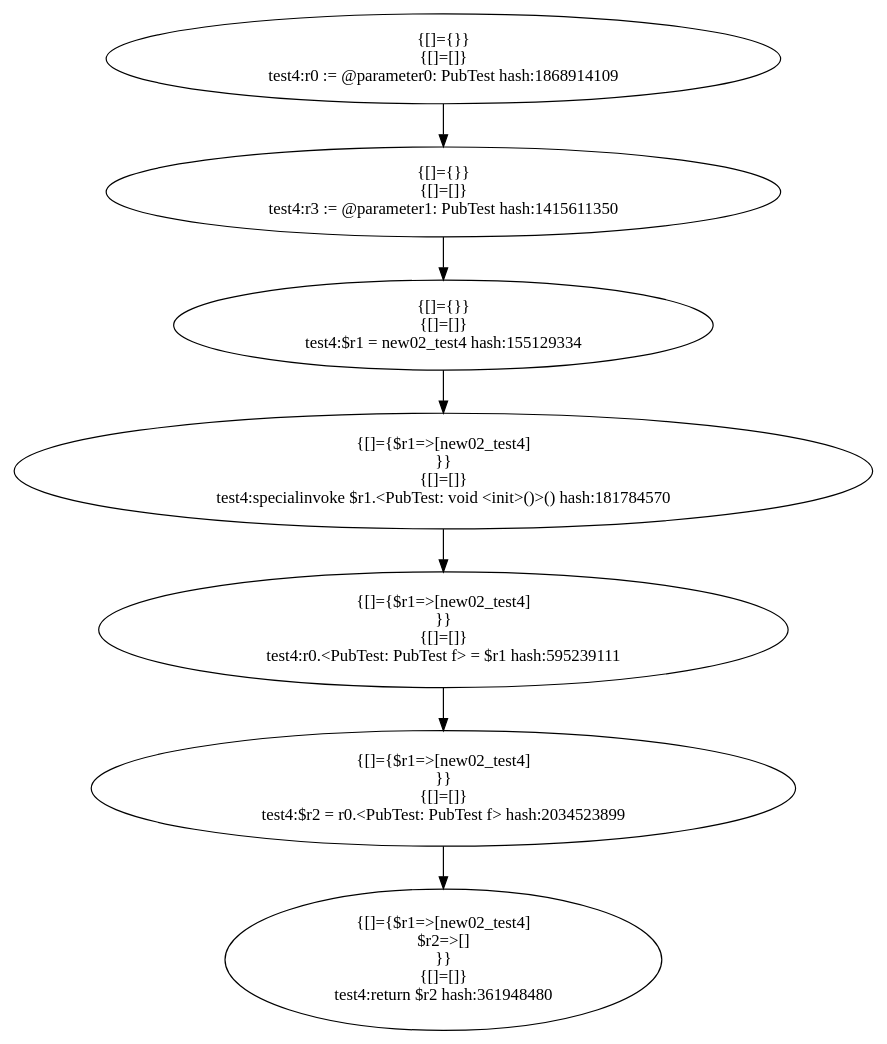
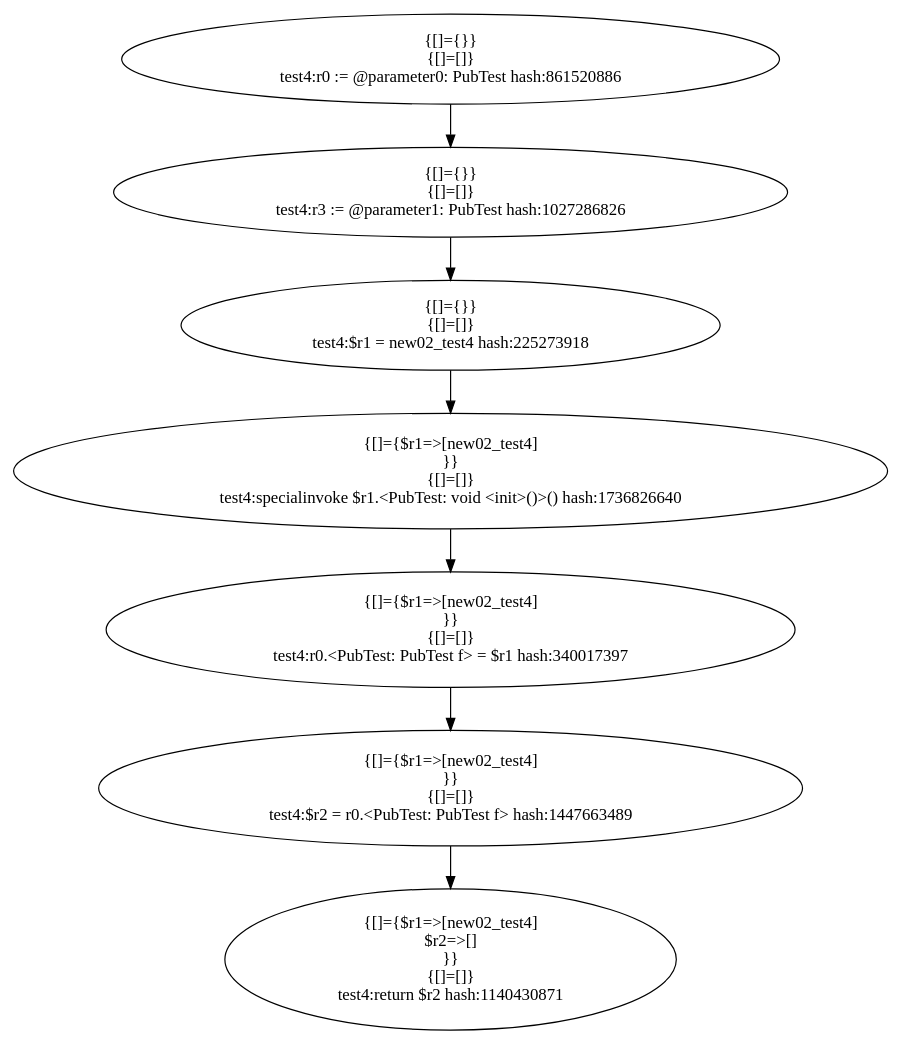
One commit to khushit-shah/PointsToAnalysisJava changed the diagram in target1-pub/PubTest.test4.dot. Above: the diagram before and after it, drawn with Graphviz. The commit also changed 94 other files, not shown here.

```diff
--- a/target1-pub/PubTest.test4.dot
+++ b/target1-pub/PubTest.test4.dot
@@ -1,66 +1,66 @@
 digraph "./target1-pub/PubTest.test4" {
     "{[]={}}
 {[]=[]}
-test4:r0 := @parameter0: PubTest hash:1868914109";
+test4:r0 := @parameter0: PubTest hash:861520886";
     "{[]={}}
 {[]=[]}
-test4:r3 := @parameter1: PubTest hash:1415611350";
+test4:r3 := @parameter1: PubTest hash:1027286826";
     "{[]={}}
 {[]=[]}
-test4:$r1 = new02_test4 hash:155129334";
+test4:$r1 = new02_test4 hash:225273918";
     "{[]={$r1=>[new02_test4]
 }}
 {[]=[]}
-test4:specialinvoke $r1.<PubTest: void <init>()>() hash:181784570";
+test4:specialinvoke $r1.<PubTest: void <init>()>() hash:1736826640";
     "{[]={$r1=>[new02_test4]
 }}
 {[]=[]}
-test4:r0.<PubTest: PubTest f> = $r1 hash:595239111";
+test4:r0.<PubTest: PubTest f> = $r1 hash:340017397";
     "{[]={$r1=>[new02_test4]
 }}
 {[]=[]}
-test4:$r2 = r0.<PubTest: PubTest f> hash:2034523899";
+test4:$r2 = r0.<PubTest: PubTest f> hash:1447663489";
     "{[]={$r1=>[new02_test4]
 $r2=>[]
 }}
 {[]=[]}
-test4:return $r2 hash:361948480";
+test4:return $r2 hash:1140430871";
     "{[]={}}
 {[]=[]}
-test4:r0 := @parameter0: PubTest hash:1868914109"->"{[]={}}
+test4:r0 := @parameter0: PubTest hash:861520886"->"{[]={}}
 {[]=[]}
-test4:r3 := @parameter1: PubTest hash:1415611350";
+test4:r3 := @parameter1: PubTest hash:1027286826";
     "{[]={}}
 {[]=[]}
-test4:r3 := @parameter1: PubTest hash:1415611350"->"{[]={}}
+test4:r3 := @parameter1: PubTest hash:1027286826"->"{[]={}}
 {[]=[]}
-test4:$r1 = new02_test4 hash:155129334";
+test4:$r1 = new02_test4 hash:225273918";
     "{[]={}}
 {[]=[]}
-test4:$r1 = new02_test4 hash:155129334"->"{[]={$r1=>[new02_test4]
+test4:$r1 = new02_test4 hash:225273918"->"{[]={$r1=>[new02_test4]
 }}
 {[]=[]}
-test4:specialinvoke $r1.<PubTest: void <init>()>() hash:181784570";
+test4:specialinvoke $r1.<PubTest: void <init>()>() hash:1736826640";
     "{[]={$r1=>[new02_test4]
 }}
 {[]=[]}
-test4:specialinvoke $r1.<PubTest: void <init>()>() hash:181784570"->"{[]={$r1=>[new02_test4]
+test4:specialinvoke $r1.<PubTest: void <init>()>() hash:1736826640"->"{[]={$r1=>[new02_test4]
 }}
 {[]=[]}
-test4:r0.<PubTest: PubTest f> = $r1 hash:595239111";
+test4:r0.<PubTest: PubTest f> = $r1 hash:340017397";
     "{[]={$r1=>[new02_test4]
 }}
 {[]=[]}
-test4:r0.<PubTest: PubTest f> = $r1 hash:595239111"->"{[]={$r1=>[new02_test4]
+test4:r0.<PubTest: PubTest f> = $r1 hash:340017397"->"{[]={$r1=>[new02_test4]
 }}
 {[]=[]}
-test4:$r2 = r0.<PubTest: PubTest f> hash:2034523899";
+test4:$r2 = r0.<PubTest: PubTest f> hash:1447663489";
     "{[]={$r1=>[new02_test4]
 }}
 {[]=[]}
-test4:$r2 = r0.<PubTest: PubTest f> hash:2034523899"->"{[]={$r1=>[new02_test4]
+test4:$r2 = r0.<PubTest: PubTest f> hash:1447663489"->"{[]={$r1=>[new02_test4]
 $r2=>[]
 }}
 {[]=[]}
-test4:return $r2 hash:361948480";
+test4:return $r2 hash:1140430871";
 }
```
